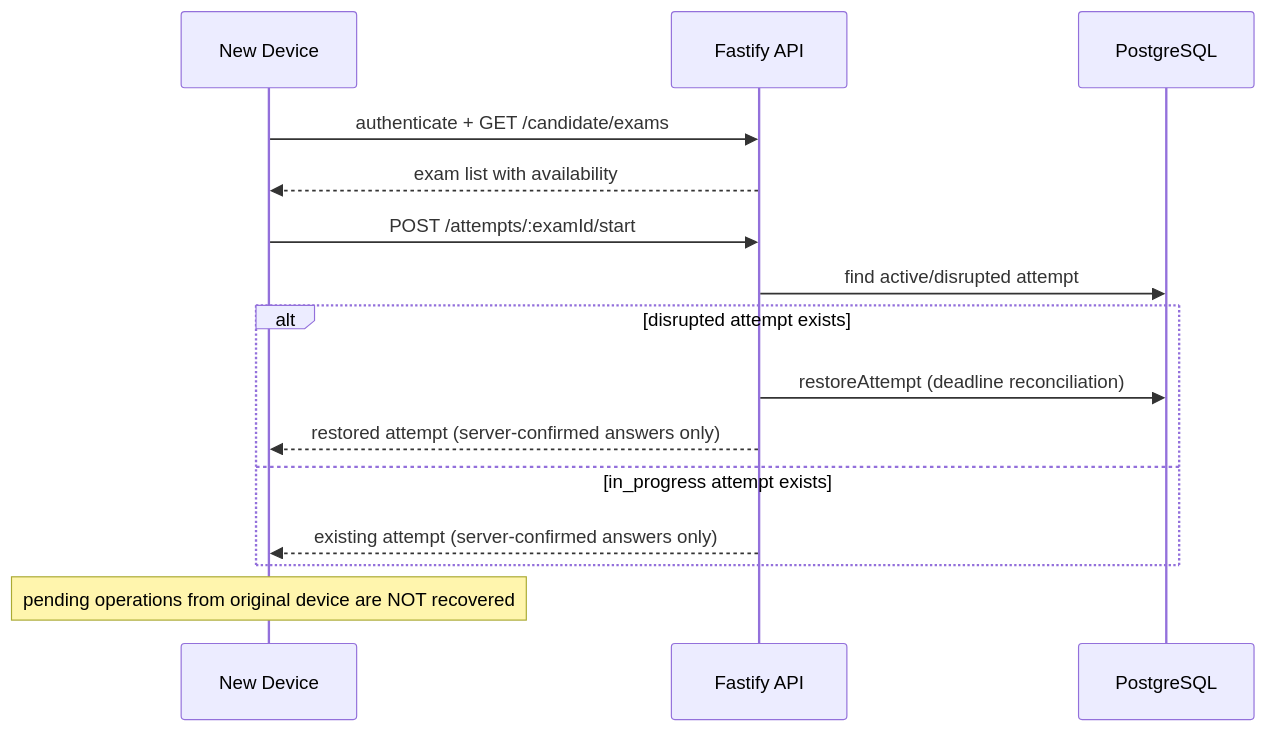
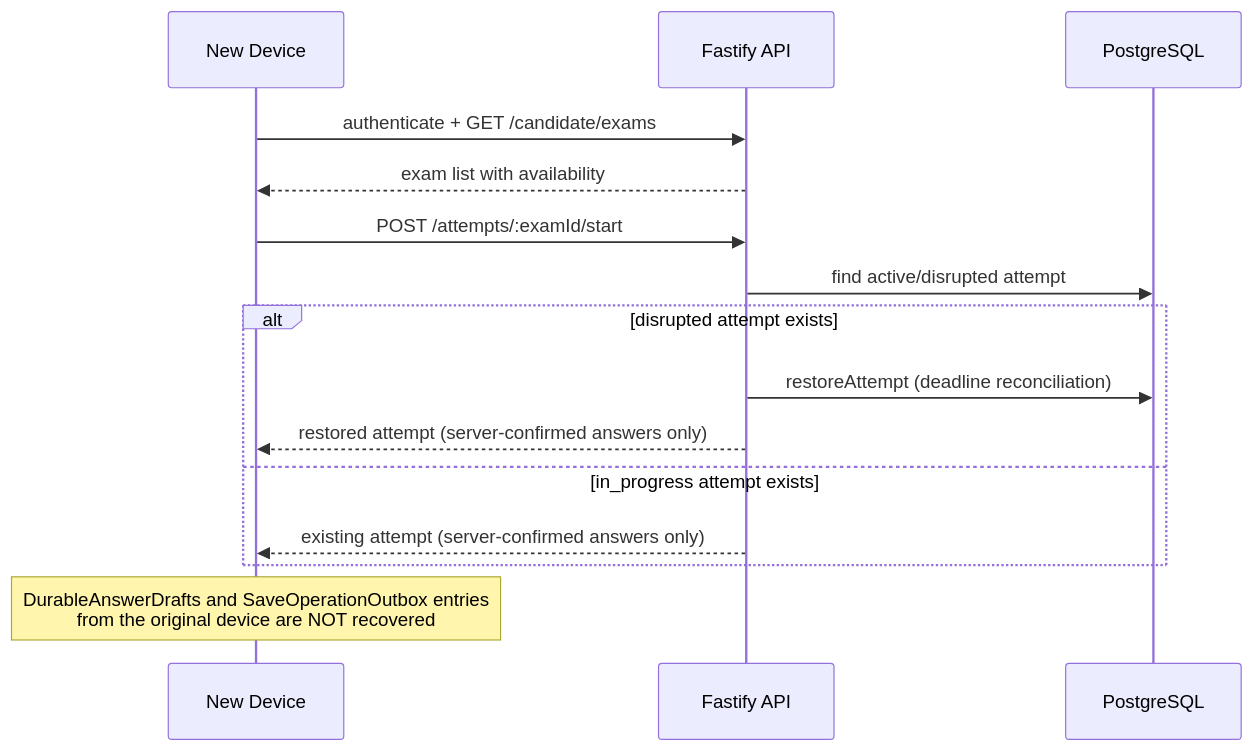
One commit to jnhu76/exam changed the fourth of 7 diagrams in docs/architecture/exam-system/candidate-recovery.md. Above: the diagram before and after it, drawn with Mermaid. The commit also changed other lines of this file and 3 other files, not shown here.

````diff
--- a/docs/architecture/exam-system/candidate-recovery.md
+++ b/docs/architecture/exam-system/candidate-recovery.md
@@ -101,18 +120,18 @@
 ```mermaid
 sequenceDiagram
     participant New as New Device
     participant API as Fastify API
     participant DB as PostgreSQL
 
     New->>API: authenticate + GET /candidate/exams
     API-->>New: exam list with availability
     New->>API: POST /attempts/:examId/start
     API->>DB: find active/disrupted attempt
     alt disrupted attempt exists
         API->>DB: restoreAttempt (deadline reconciliation)
         API-->>New: restored attempt (server-confirmed answers only)
     else in_progress attempt exists
         API-->>New: existing attempt (server-confirmed answers only)
     end
-    Note over New: pending operations from original device are NOT recovered
+    Note over New: DurableAnswerDrafts and SaveOperationOutbox entries<br/>from the original device are NOT recovered
 ```
````
